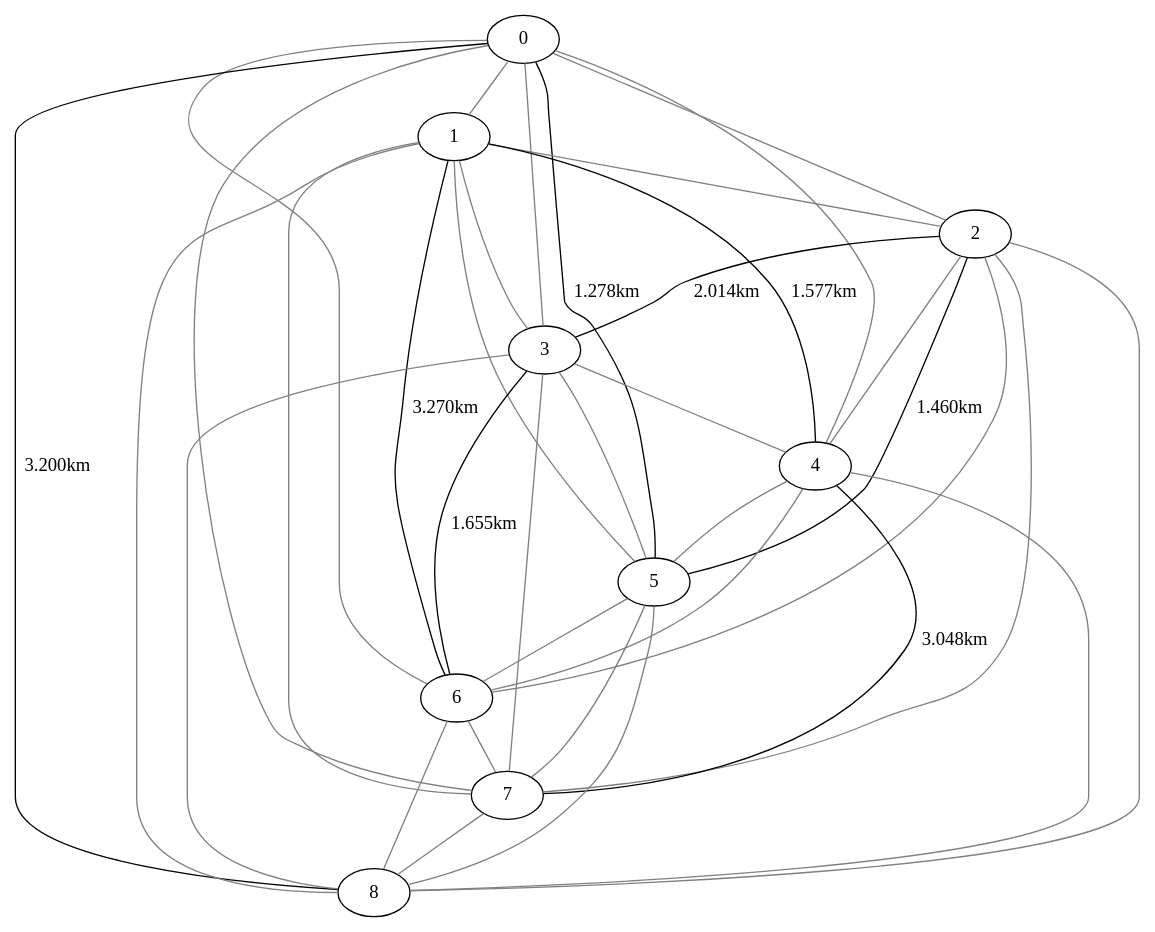
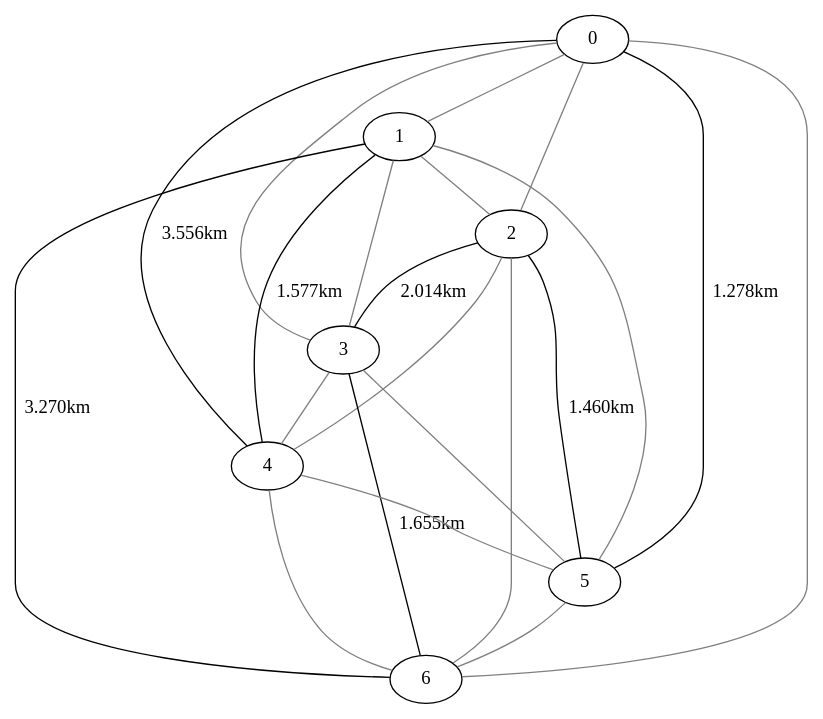
Before and after one commit to RenatoMoraesUFES/MCVRPIRFTW: the diagram in bin/OUTPUT/01-C06F1M3_solucao_pcv.dot, drawn with Graphviz. The commit also changed 8 other files, not shown here.

```diff
--- a/bin/OUTPUT/01-C06F1M3_solucao_pcv.dot
+++ b/bin/OUTPUT/01-C06F1M3_solucao_pcv.dot
@@ -1,38 +1,23 @@
 strict graph {
 0--1 [color=grey];
 0--2 [color=grey];
 0--3 [color=grey];
-0--4 [color=grey];
+0--4 [label =  "3.556km"];
 0--5 [label =  "1.278km"];
 0--6 [color=grey];
-0--7 [color=grey];
-0--8 [label =  "3.200km"];
 1--2 [color=grey];
 1--3 [color=grey];
 1--4 [label =  "1.577km"];
 1--5 [color=grey];
 1--6 [label = "3.270km"];
-1--7 [color=grey];
-1--8 [color=grey];
 2--3 [label =  "2.014km"];
 2--4 [color=grey];
 2--5 [label = "1.460km"];
 2--6 [color=grey];
-2--7 [color=grey];
-2--8 [color=grey];
 3--4 [color=grey];
 3--5 [color=grey];
 3--6 [label =  "1.655km"];
-3--7 [color=grey];
-3--8 [color=grey];
 4--5 [color=grey];
 4--6 [color=grey];
-4--7 [label =  "3.048km"];
-4--8 [color=grey];
 5--6 [color=grey];
-5--7 [color=grey];
-5--8 [color=grey];
-6--7 [color=grey];
-6--8 [color=grey];
-7--8 [color=grey];
 }
```
